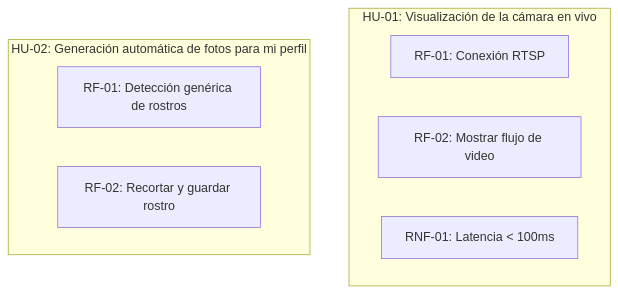
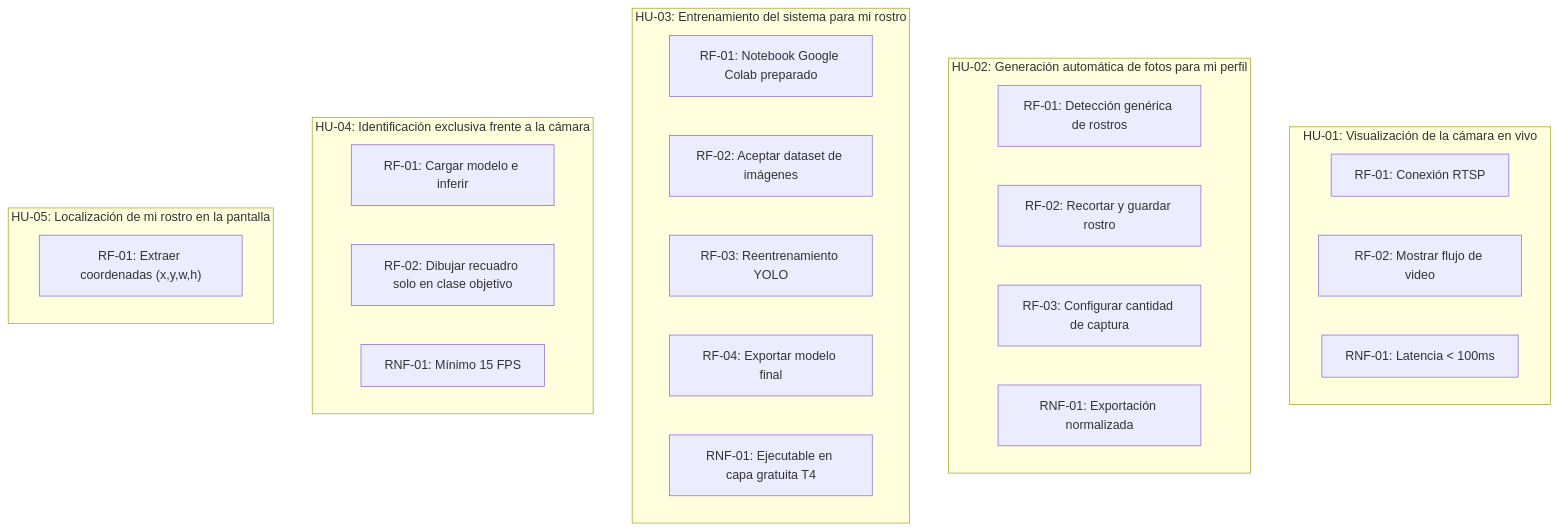
One commit to fiemcasals/seguidorCam changed the diagram in docs/grafo.md. Above: the diagram before and after it, drawn with Mermaid. The commit also changed other lines of this file, not shown here.

Commit message:
Auto-publish: actualiza docs/grafo.md

````diff
--- a/docs/grafo.md
+++ b/docs/grafo.md
@@ -5,12 +5,29 @@
 ```mermaid
 graph TD
   subgraph US_1785973986502["HU-01: Visualización de la cámara en vivo"]
     REQ_1785974832467["RF-01: Conexión RTSP"]
     REQ_1785974833072["RF-02: Mostrar flujo de video"]
     REQ_1785974833983["RNF-01: Latencia < 100ms"]
   end
   subgraph US_1785973986827["HU-02: Generación automática de fotos para mi perfil"]
     REQ_1785974834220["RF-01: Detección genérica de rostros"]
     REQ_1785974834478["RF-02: Recortar y guardar rostro"]
+    REQ_1785974835053["RF-03: Configurar cantidad de captura"]
+    REQ_1785974835757["RNF-01: Exportación normalizada"]
+  end
+  subgraph US_1785973987016["HU-03: Entrenamiento del sistema para mi rostro"]
+    REQ_1785974835958["RF-01: Notebook Google Colab preparado"]
+    REQ_1785974838027["RF-02: Aceptar dataset de imágenes"]
+    REQ_1785974838161["RF-03: Reentrenamiento YOLO"]
+    REQ_1785974838308["RF-04: Exportar modelo final"]
+    REQ_1785974840878["RNF-01: Ejecutable en capa gratuita T4"]
+  end
+  subgraph US_1785973987206["HU-04: Identificación exclusiva frente a la cámara"]
+    REQ_1785974842418["RF-01: Cargar modelo e inferir"]
+    REQ_1785974843644["RF-02: Dibujar recuadro solo en clase objetivo"]
+    REQ_1785974843884["RNF-01: Mínimo 15 FPS"]
+  end
+  subgraph US_1785973987388["HU-05: Localización de mi rostro en la pantalla"]
+    REQ_1785974846222["RF-01: Extraer coordenadas (x,y,w,h)"]
   end
 ```
````
